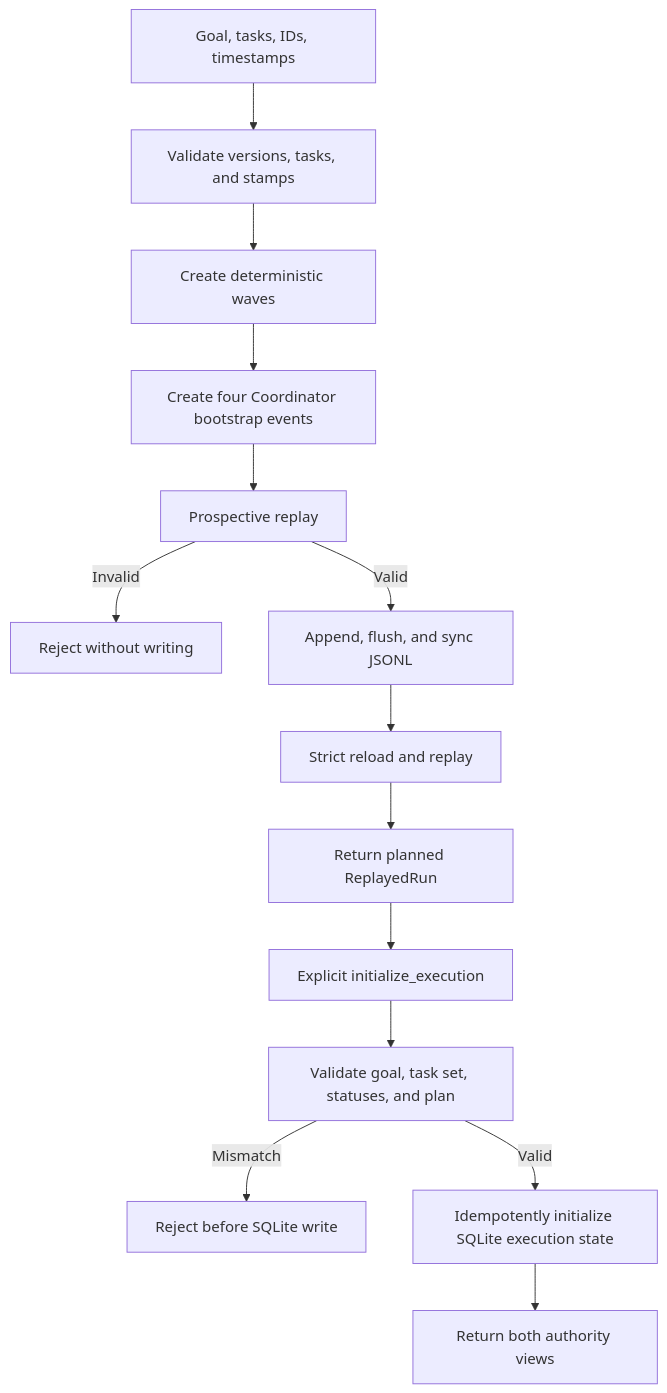
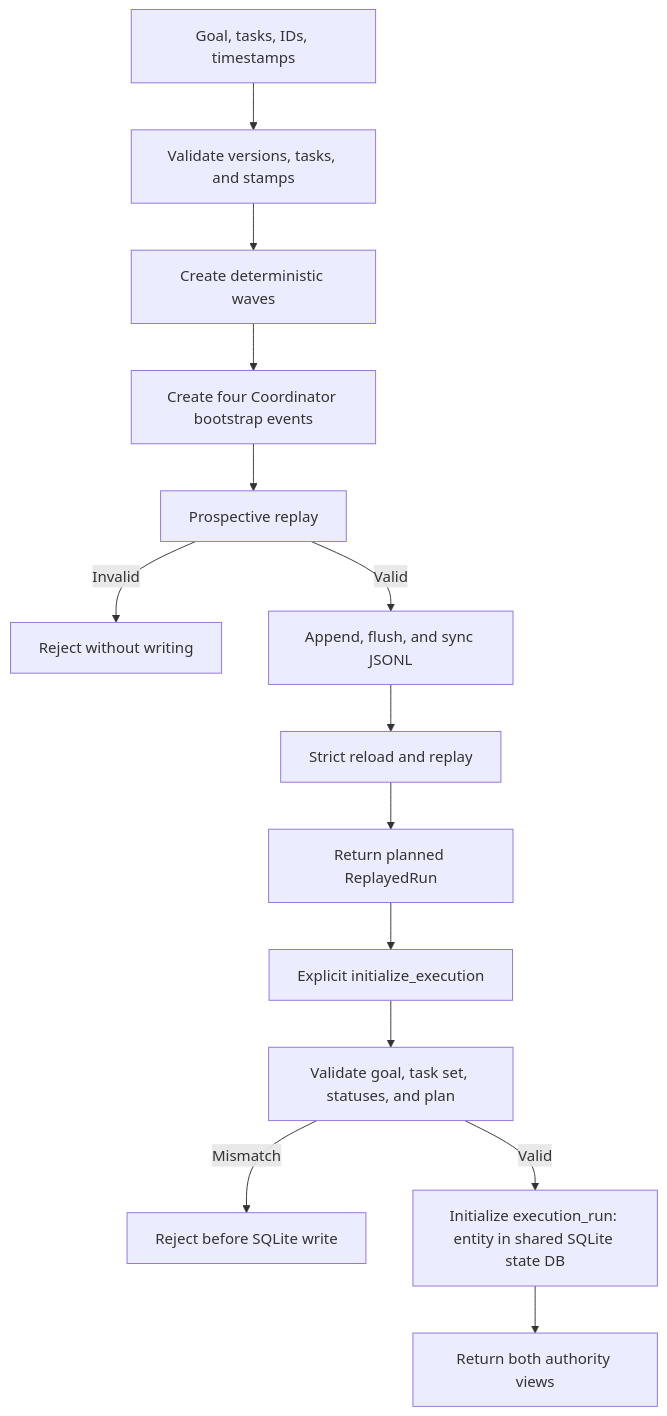
Diagram 12 of 15 in docs/system-workflows.md (nattawatpuntachot52/ovca-core), drawn with Mermaid before and after one commit. The commit also changed other lines of this file and 11 other files, not shown here.

````diff
--- a/docs/system-workflows.md
+++ b/docs/system-workflows.md
@@ -525,16 +527,16 @@
 ```mermaid
 flowchart TD
     Input["Goal, tasks, IDs, timestamps"] --> Validate["Validate versions, tasks, and stamps"]
     Validate --> Schedule["Create deterministic waves"]
     Schedule --> Events["Create four Coordinator bootstrap events"]
     Events --> Replay["Prospective replay"]
     Replay -->|"Invalid"| Reject["Reject without writing"]
     Replay -->|"Valid"| Persist["Append, flush, and sync JSONL"]
     Persist --> Reload["Strict reload and replay"]
     Reload --> Planned["Return planned ReplayedRun"]
     Planned --> Explicit["Explicit initialize_execution"]
     Explicit --> ValidateExecution["Validate goal, task set, statuses, and plan"]
     ValidateExecution -->|"Mismatch"| RejectSqlite["Reject before SQLite write"]
-    ValidateExecution -->|"Valid"| Sqlite["Idempotently initialize SQLite execution state"]
+    ValidateExecution -->|"Valid"| Sqlite["Initialize execution_run: entity in shared SQLite state DB"]
     Sqlite --> Combined["Return both authority views"]
 ```
````
